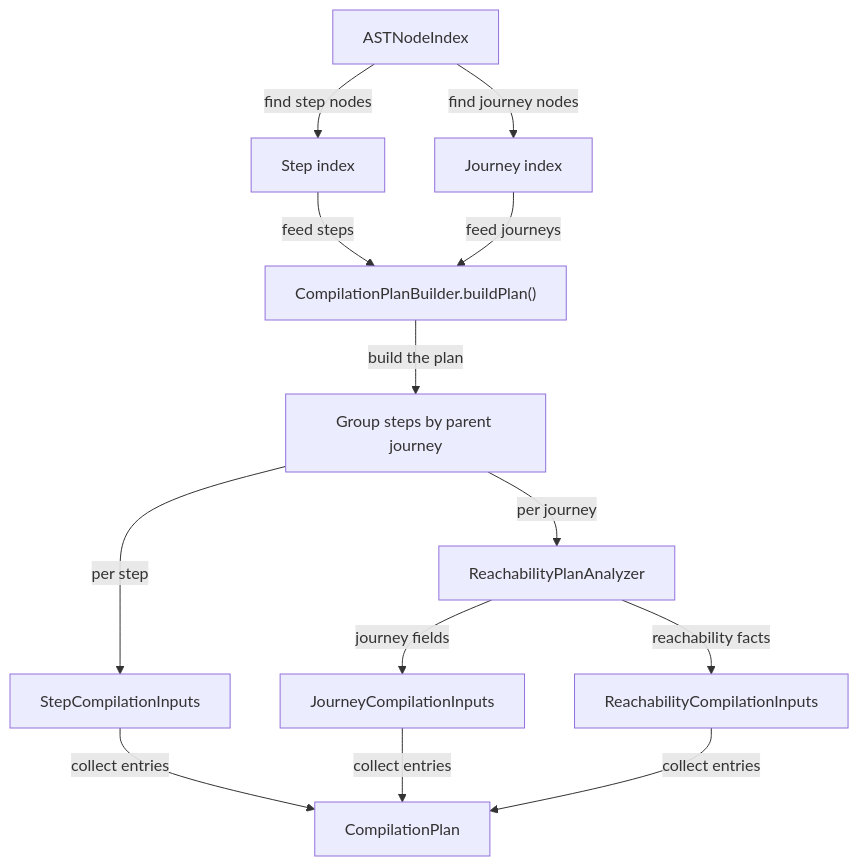
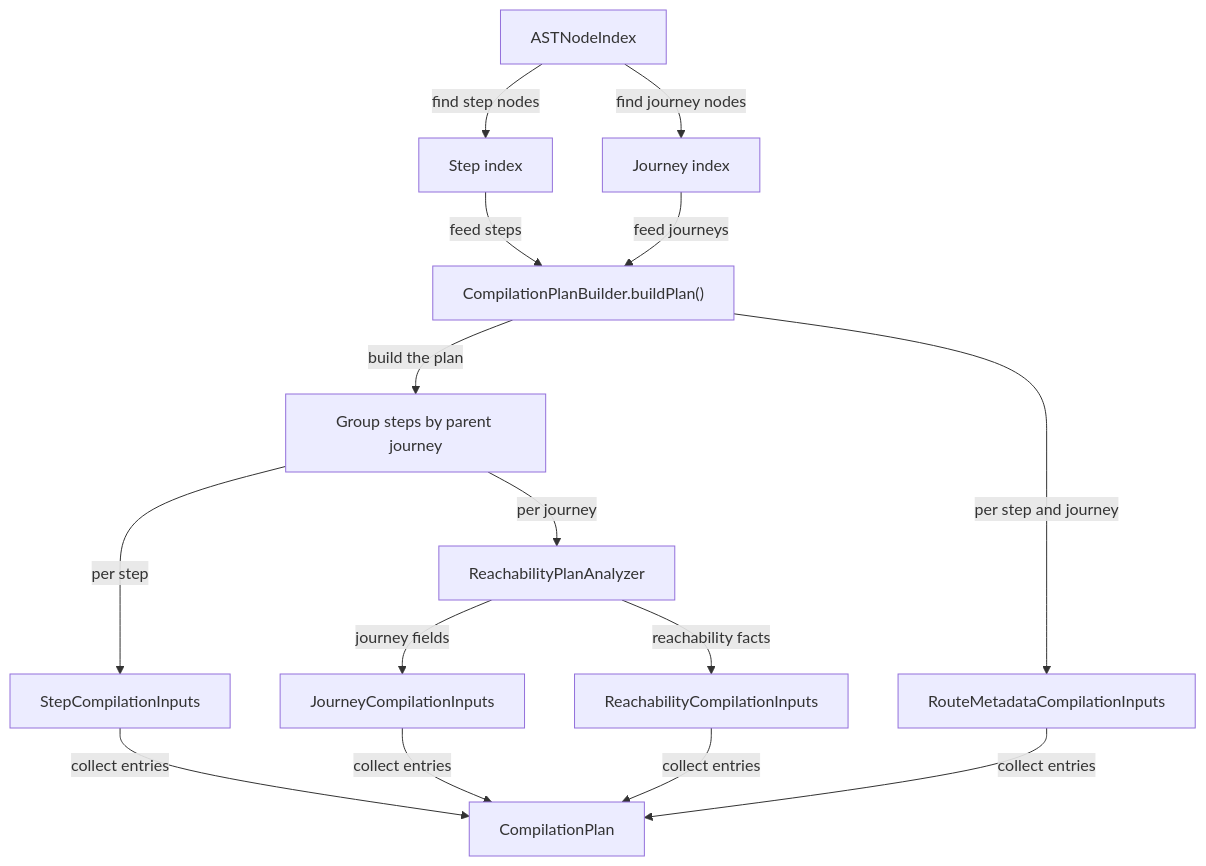
One commit to ministryofjustice/hmpps-forge changed the diagram in packages/forge-core/src/engine/compilation/dependency-analysis/README.md. Above: the diagram before and after it, drawn with Mermaid. The commit also changed other lines of this file and 23 other files, not shown here.

````diff
--- a/packages/forge-core/src/engine/compilation/dependency-analysis/README.md
+++ b/packages/forge-core/src/engine/compilation/dependency-analysis/README.md
@@ -140,15 +150,17 @@
 ```mermaid
 flowchart TD
   nodeRegistry["ASTNodeIndex"] -->|find step nodes| stepIndex["Step index"]
   nodeRegistry -->|find journey nodes| journeyIndex["Journey index"]
   stepIndex -->|feed steps| planBuilder["CompilationPlanBuilder.buildPlan()"]
   journeyIndex -->|feed journeys| planBuilder
   planBuilder -->|build the plan| groupSteps["Group steps by parent journey"]
   groupSteps -->|per step| stepInputs["StepCompilationInputs"]
   groupSteps -->|per journey| reachability["ReachabilityPlanAnalyzer"]
   reachability -->|reachability facts| reachabilityInputs["ReachabilityCompilationInputs"]
   reachability -->|journey fields| journeyInputs["JourneyCompilationInputs"]
+  planBuilder -->|per step and journey| routeMetadataInputs["RouteMetadataCompilationInputs"]
   stepInputs -->|collect entries| compilationPlan["CompilationPlan"]
   journeyInputs -->|collect entries| compilationPlan
   reachabilityInputs -->|collect entries| compilationPlan
+  routeMetadataInputs -->|collect entries| compilationPlan
 ```
````
